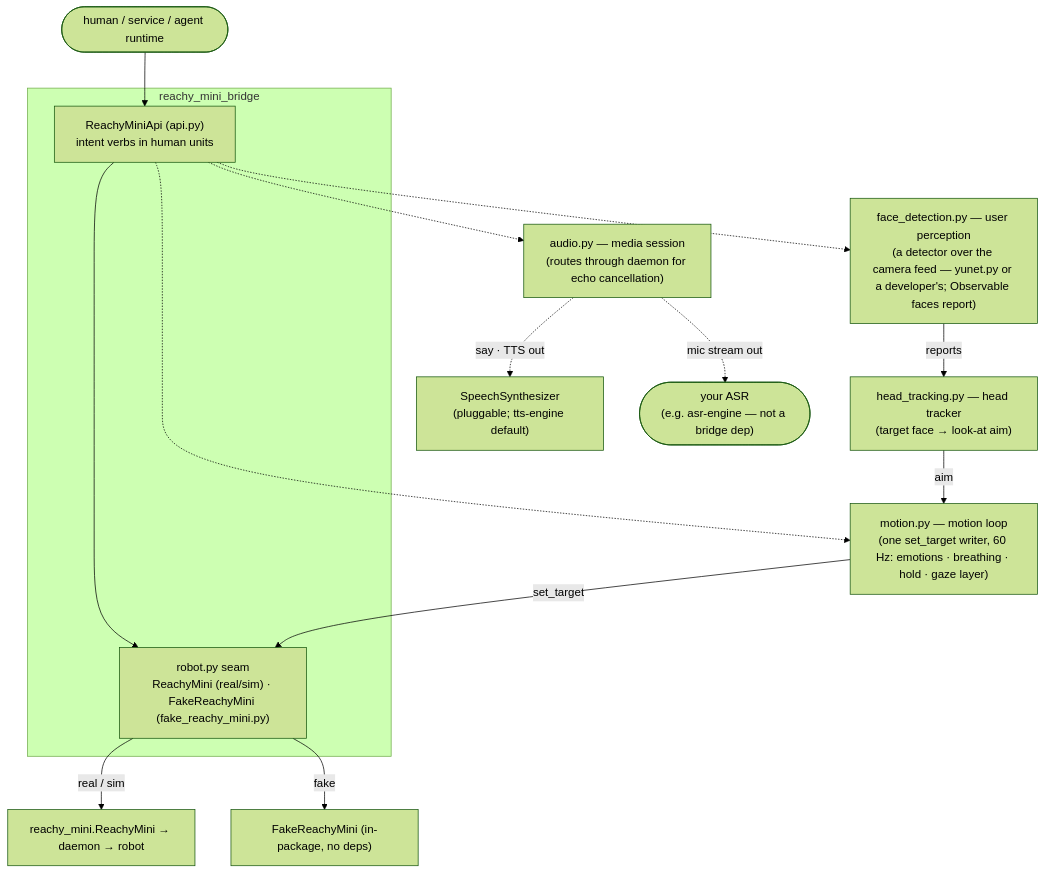
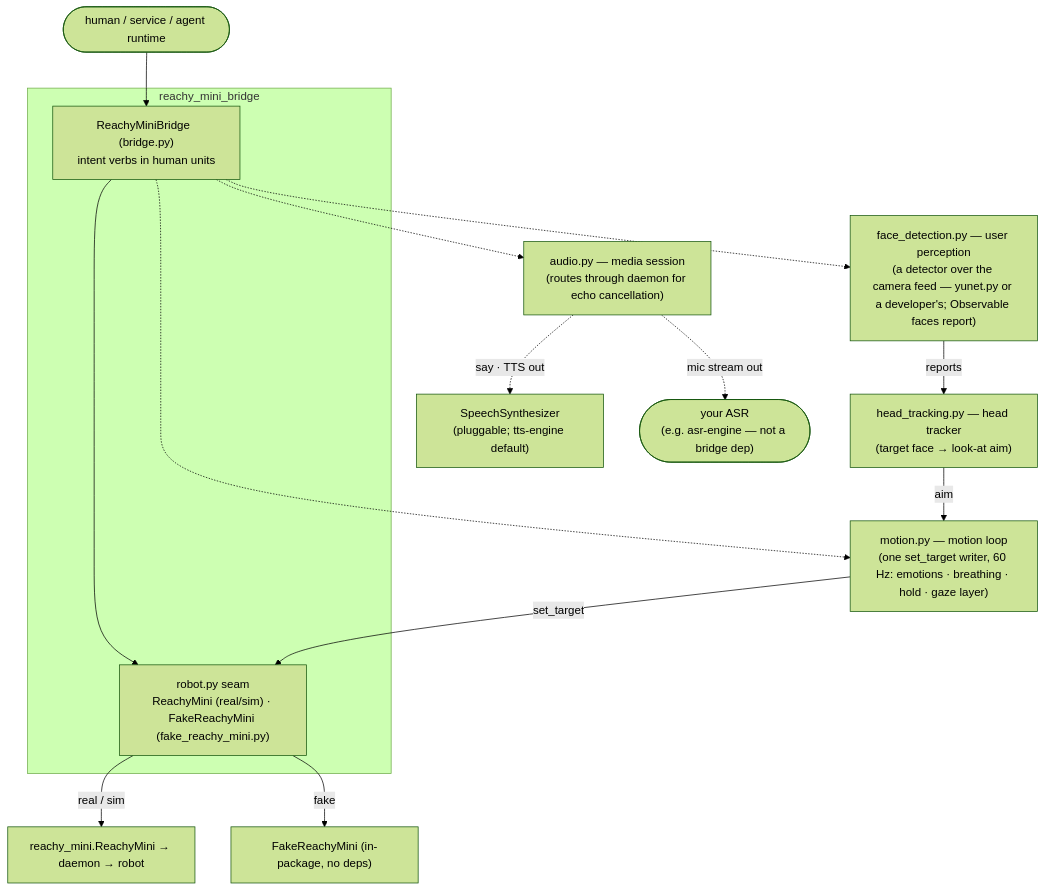
The diagram in specs/_overview.md (funwithagents/reachy-mini-bridge), drawn with Mermaid (forest theme) before and after one commit. The commit also changed other lines of this file and 82 other files, not shown here.

First line of the commit message:
Rename ReachyMiniApi to ReachyMiniBridge and give it a start()/stop() lifecycle

````diff
--- a/specs/_overview.md
+++ b/specs/_overview.md
@@ -13,19 +13,19 @@
 ```mermaid
 flowchart TD
     caller([human / service / agent runtime]) --> api
     subgraph bridge["reachy_mini_bridge"]
-        api["ReachyMiniApi  (api.py)<br/>intent verbs in human units"]
+        api["ReachyMiniBridge  (bridge.py)<br/>intent verbs in human units"]
         client["robot.py seam<br/>ReachyMini (real/sim) · FakeReachyMini (fake_reachy_mini.py)"]
         api --> client
     end
     client -->|real / sim| upstream["reachy_mini.ReachyMini → daemon → robot"]
     client -->|fake| fake["FakeReachyMini (in-package, no deps)"]
     api -.-> audio["audio.py — media session<br/>(routes through daemon for echo cancellation)"]
     api -.-> motion["motion.py — motion loop<br/>(one set_target writer, 60 Hz: emotions · breathing · hold · gaze layer)"]
     api -.-> faces["face_detection.py — user perception<br/>(a detector over the camera feed — yunet.py or a developer's; Observable faces report)"]
     faces -->|reports| tracker["head_tracking.py — head tracker<br/>(target face → look-at aim)"]
     tracker -->|aim| motion
     motion -->|set_target| client
     audio -.->|say · TTS out| synth["SpeechSynthesizer<br/>(pluggable; tts-engine default)"]
     audio -.->|mic stream out| yourasr(["your ASR<br/>(e.g. asr-engine — not a bridge dep)"])
 ```
````
